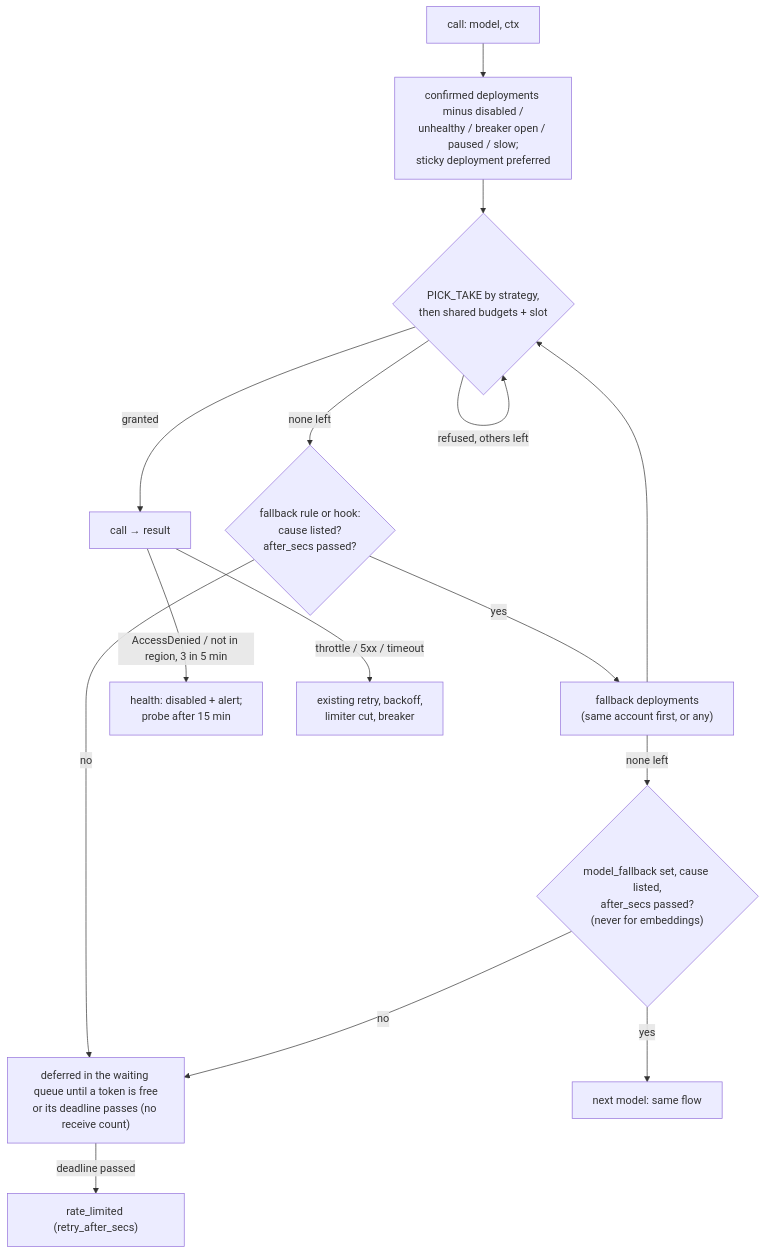
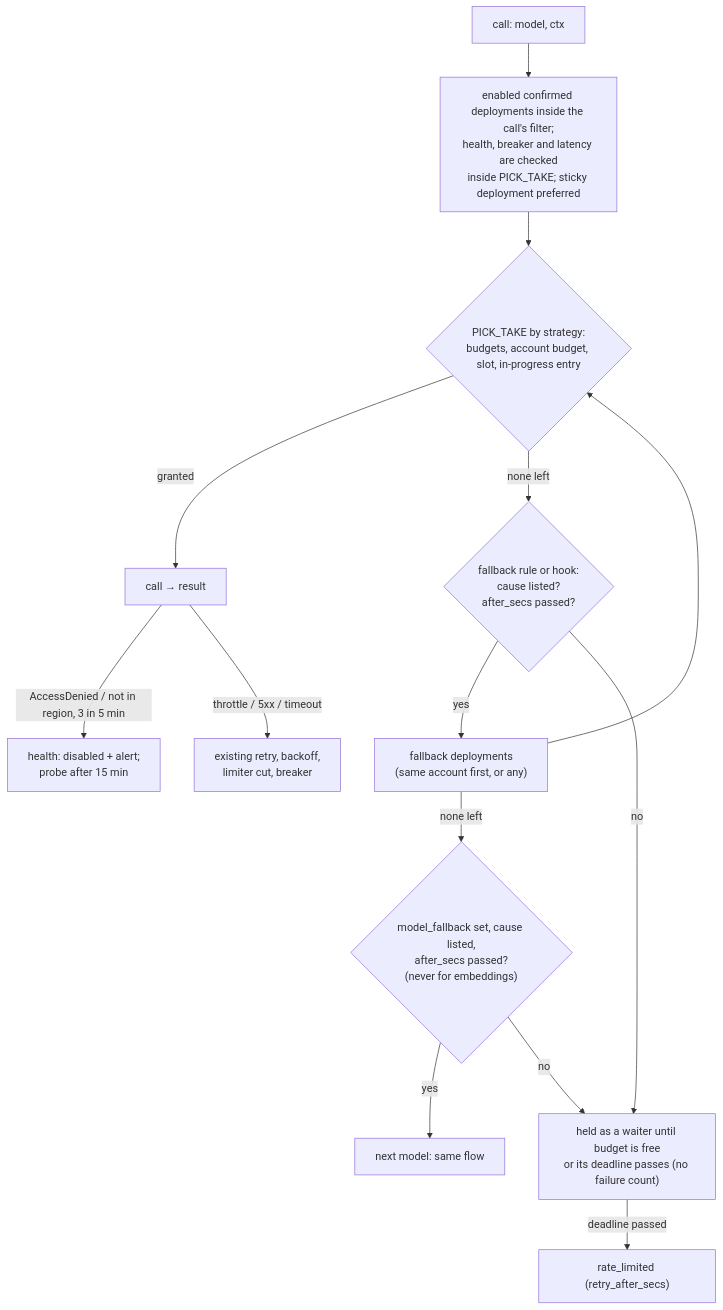
One commit to techiewonk/taskiq-llm-queue changed the seventh of 10 diagrams in docs/ACCOUNT_ROUTING_PLAN.md. Above: the diagram before and after it, drawn with Mermaid. The commit also changed other lines of this file and 1 other file, not shown here.

````diff
--- a/docs/ACCOUNT_ROUTING_PLAN.md
+++ b/docs/ACCOUNT_ROUTING_PLAN.md
@@ -780,16 +789,15 @@
 ```mermaid
 flowchart TD
-  S[call: model, ctx] --> C["confirmed deployments minus disabled /<br/>unhealthy / breaker open / paused / slow;<br/>sticky deployment preferred"]
-  C --> TRY{"PICK_TAKE by strategy,<br/>then shared budgets + slot"}
+  S[call: model, ctx] --> C["enabled confirmed deployments inside the call's filter;<br/>health, breaker and latency are checked<br/>inside PICK_TAKE; sticky deployment preferred"]
+  C --> TRY{"PICK_TAKE by strategy:<br/>budgets, account budget, slot, in-progress entry"}
   TRY -->|granted| RUN["call → result"]
-  TRY -->|"refused, others left"| TRY
   TRY -->|none left| FR{"fallback rule or hook:<br/>cause listed?<br/>after_secs passed?"}
   FR -->|yes| FB["fallback deployments<br/>(same account first, or any)"] --> TRY
-  FR -->|no| RQ["deferred in the waiting queue until a token is free<br/>or its deadline passes (no receive count)"]
+  FR -->|no| RQ["held as a waiter until budget is free<br/>or its deadline passes (no failure count)"]
   RQ -->|deadline passed| RL["rate_limited (retry_after_secs)"]
   FB -->|none left| CH{"model_fallback set, cause listed,<br/>after_secs passed?<br/>(never for embeddings)"}
   CH -->|yes| S2["next model: same flow"]
   CH -->|no| RQ
   RUN -->|"AccessDenied / not in region, 3 in 5 min"| DIS["health: disabled + alert;<br/>probe after 15 min"]
   RUN -->|"throttle / 5xx / timeout"| RETRY["existing retry, backoff,<br/>limiter cut, breaker"]
 ```
````
